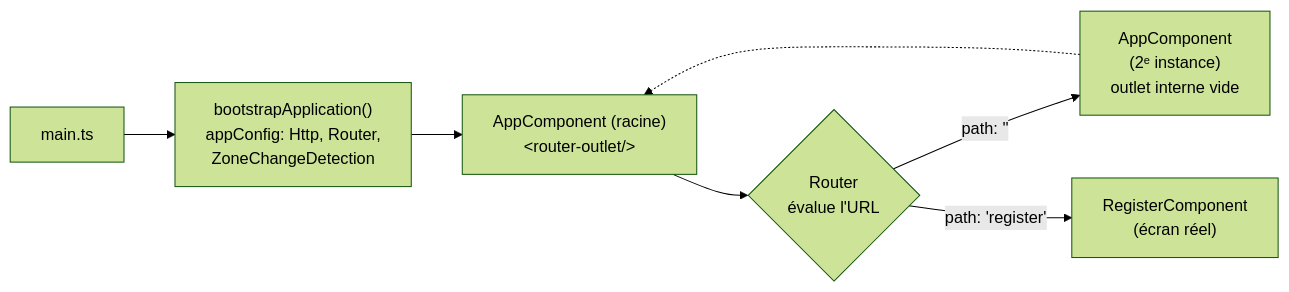
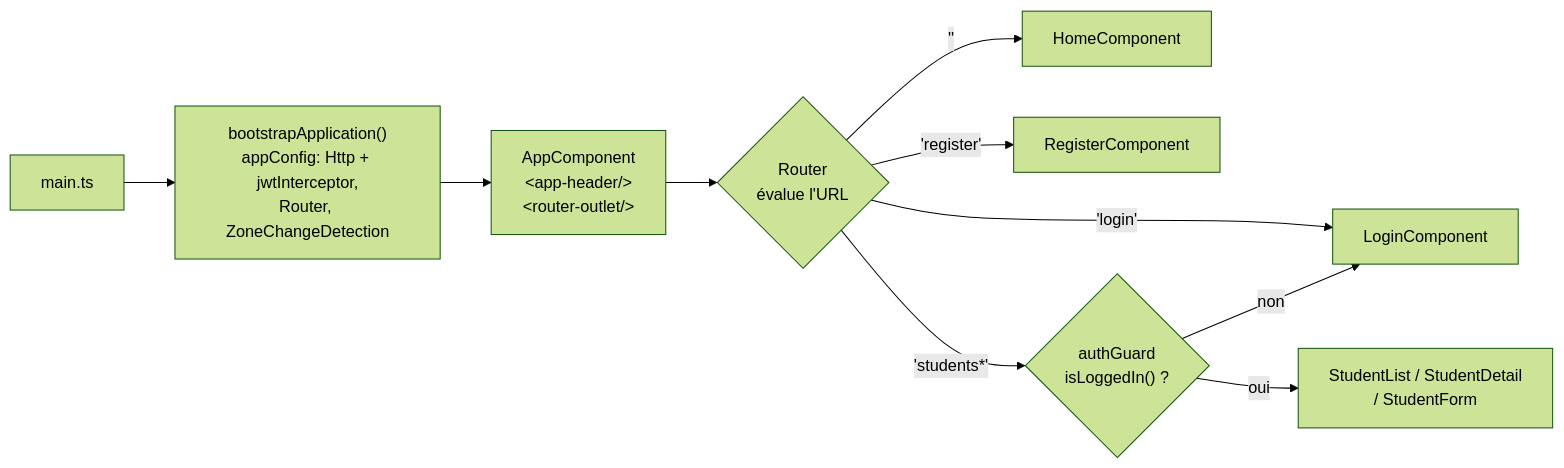
The first of 3 diagrams in documentation/architecture.md (negstek/Front-end-Testez-et-ameliorez-une-app), drawn with Mermaid (forest theme) before and after one commit. The commit also changed other lines of this file and 1 other file, not shown here.

````diff
--- a/documentation/architecture.md
+++ b/documentation/architecture.md
@@ -77,9 +93,12 @@
 ```mermaid
 flowchart LR
-    A["main.ts"] --> B["bootstrapApplication()\nappConfig: Http, Router,\nZoneChangeDetection"]
-    B --> C["AppComponent (racine)\n&lt;router-outlet/&gt;"]
+    A["main.ts"] --> B["bootstrapApplication()\nappConfig: Http + jwtInterceptor,\nRouter, ZoneChangeDetection"]
+    B --> C["AppComponent\n&lt;app-header/&gt;\n&lt;router-outlet/&gt;"]
     C --> D{"Router\névalue l'URL"}
-    D -- "path: ''" --> E["AppComponent\n(2ᵉ instance)\noutlet interne vide"]
-    D -- "path: 'register'" --> F["RegisterComponent\n(écran réel)"]
-    E -.-> C
+    D -- "''" --> E["HomeComponent"]
+    D -- "'register'" --> F["RegisterComponent"]
+    D -- "'login'" --> G["LoginComponent"]
+    D -- "'students*'" --> H{"authGuard\nisLoggedIn() ?"}
+    H -- "oui" --> I["StudentList / StudentDetail\n/ StudentForm"]
+    H -- "non" --> G
 ```
````
